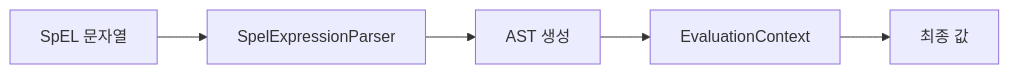
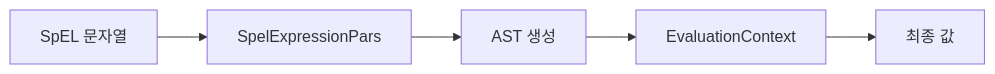
Before and after one commit to yjkim2015/yjkim2015.github.io: the fourth of 7 diagrams in _posts/spring/2026-05-02-spring-core-advanced.md, drawn with Mermaid. The commit also changed other lines of this file and 245 other files, not shown here.

First line of the commit message:
Mermaid 다이어그램 전면 수정 + 면접 포인트 접기/펼치기 + DB 데드락 페이지

````diff
--- a/_posts/spring/2026-05-02-spring-core-advanced.md
+++ b/_posts/spring/2026-05-02-spring-core-advanced.md
@@ -757,7 +757,7 @@
 ```mermaid
 graph LR
-    A["SpEL 문자열"] --> B["SpelExpressionParser"]
+    A["SpEL 문자열"] --> B["SpelExpressionPars"]
     B --> C["AST 생성"]
     C --> D["EvaluationContext"]
     D --> E["최종 값"]
 ```
````
